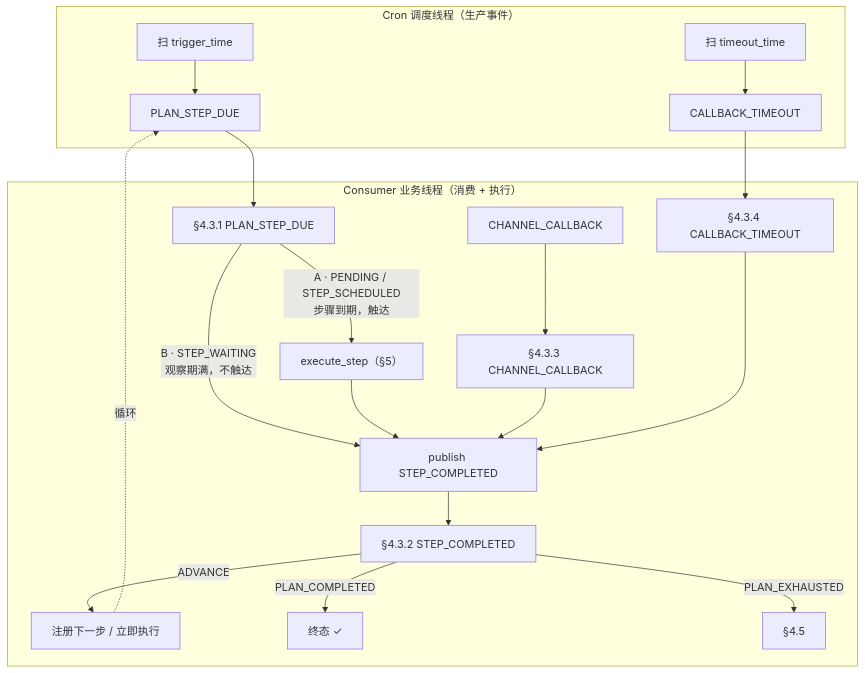
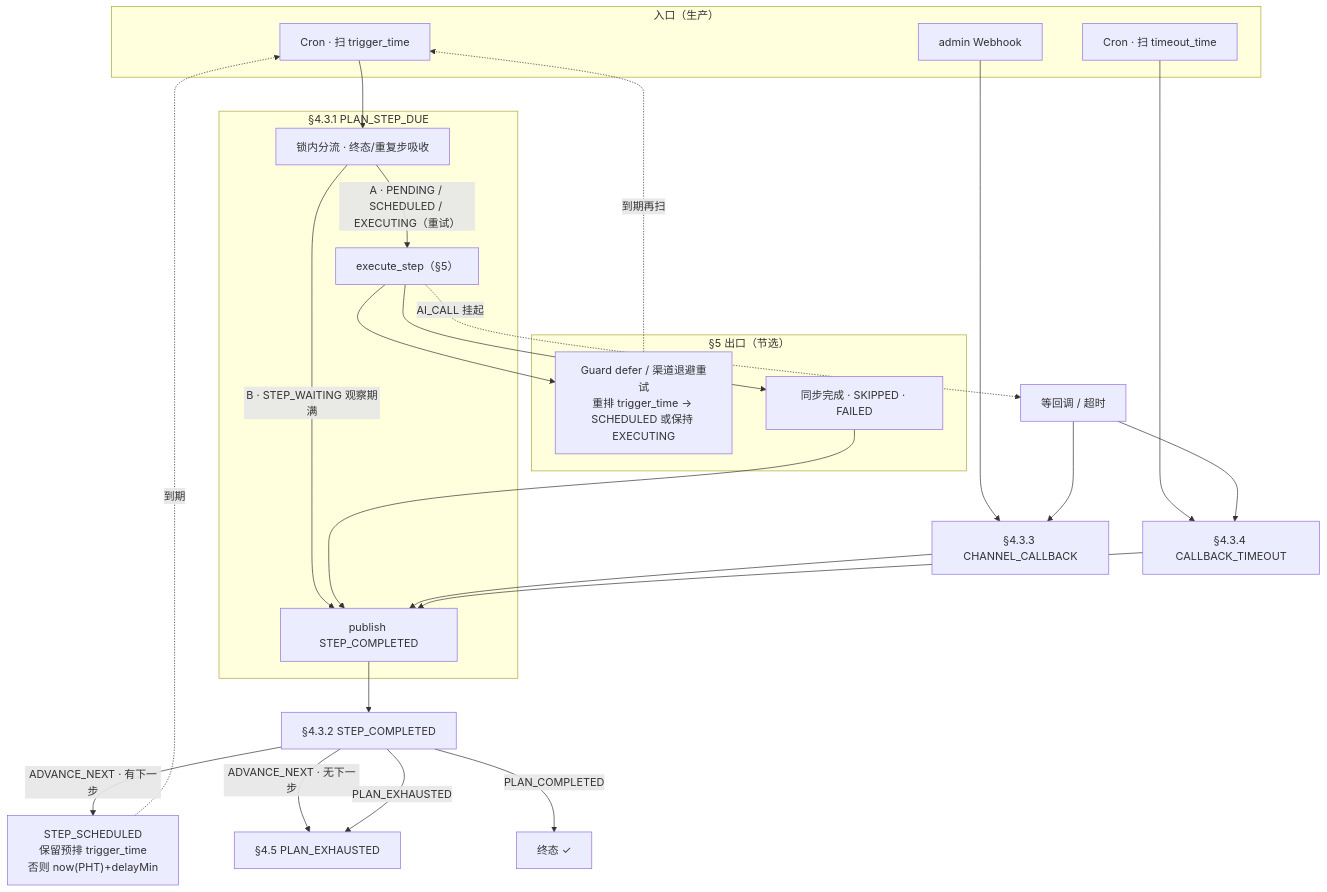
One commit to katherineliu2102/Intelligent-Collection-V1 changed the third of 6 diagrams in docs/MOCASA催收系统升级_Phase1_核心引擎规格.md. Above: the diagram before and after it, drawn with Mermaid. The commit also changed other lines of this file and 222 other files, not shown here.

````diff
--- a/docs/MOCASA催收系统升级_Phase1_核心引擎规格.md
+++ b/docs/MOCASA催收系统升级_Phase1_核心引擎规格.md
@@ -291,26 +329,46 @@
 ```mermaid
 flowchart TB
-    subgraph cron ["Cron 调度线程（生产事件）"]
-        J1["扫 trigger_time"] --> E1["PLAN_STEP_DUE"]
-        J2["扫 timeout_time"] --> E4["CALLBACK_TIMEOUT"]
+    subgraph in["入口（生产）"]
+        C1["Cron · 扫 trigger_time"]
+        C2["Cron · 扫 timeout_time"]
+        WH["admin Webhook"]
     end
 
-    subgraph consumer ["Consumer 业务线程（消费 + 执行）"]
-        E1 --> S1["§4.3.1 PLAN_STEP_DUE"]
-        S1 -->|"A · PENDING / STEP_SCHEDULED<br/>步骤到期，触达"| EX["execute_step（§5）"]
-        S1 -->|"B · STEP_WAITING<br/>观察期满，不触达"| SC
+    subgraph s431["§4.3.1 PLAN_STEP_DUE"]
+        S1["锁内分流 · 终态/重复步吸收"]
+        EX["execute_step（§5）"]
+        S1 -->|"A · PENDING / SCHEDULED / EXECUTING（重试）"| EX
+        S1 -->|"B · STEP_WAITING 观察期满"| HUB
+    end
 
-        E2["CHANNEL_CALLBACK"] --> S3["§4.3.3 CHANNEL_CALLBACK"]
-        E4 --> S4["§4.3.4 CALLBACK_TIMEOUT"]
+    subgraph s5out["§5 出口（节选）"]
+        LOOP["Guard defer / 渠道退避重试<br/>重排 trigger_time → SCHEDULED 或保持 EXECUTING"]
+        SYNC["同步完成 · SKIPPED · FAILED"]
+    end
 
-        EX --> SC["publish STEP_COMPLETED"]
-        S3 --> SC
-        S4 --> SC
+    CB["§4.3.3 CHANNEL_CALLBACK"]
+    TO["§4.3.4 CALLBACK_TIMEOUT"]
+    HUB["publish STEP_COMPLETED"]
+    ADV["§4.3.2 STEP_COMPLETED"]
 
-        SC --> S2["§4.3.2 STEP_COMPLETED"]
-        S2 -->|ADVANCE| NEXT["注册下一步 / 立即执行"]
-        S2 -->|PLAN_COMPLETED| DONE["终态 ✓"]
-        S2 -->|PLAN_EXHAUSTED| EXH["§4.5"]
-        NEXT -.->|循环| E1
-    end
+    C1 --> S1
+    C2 --> TO
+    WH --> CB
+
+    EX --> LOOP
+    EX --> SYNC
+    EX -.->|"AI_CALL 挂起"| ASYNC["等回调 / 超时"]
+    LOOP -.->|"到期再扫"| C1
+    SYNC --> HUB
+    ASYNC --> CB
+    ASYNC --> TO
+    CB --> HUB
+    TO --> HUB
+
+    HUB --> ADV
+    ADV -->|"ADVANCE_NEXT · 有下一步"| NEXT["STEP_SCHEDULED<br/>保留预排 trigger_time<br/>否则 now(PHT)+delayMin"]
+    ADV -->|"ADVANCE_NEXT · 无下一步"| EXH["§4.5 PLAN_EXHAUSTED"]
+    ADV -->|PLAN_COMPLETED| DONE["终态 ✓"]
+    ADV -->|PLAN_EXHAUSTED| EXH
+    NEXT -.->|"到期"| C1
 ```
````
